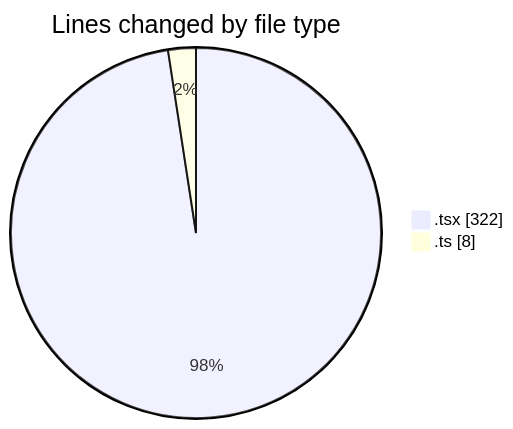
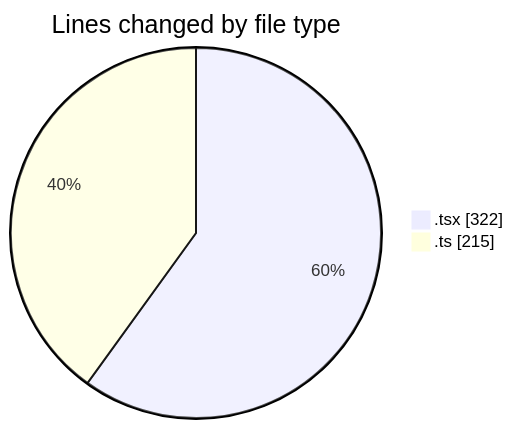
Before and after one commit to julien-gomy/code-tracking: the first of 2 diagrams in 2025-10-16/eventscop-frontend-guide__workspace_/README.md, drawn with Mermaid. The commit also changed other lines of this file and 1 other file, not shown here.

````diff
--- a/2025-10-16/eventscop-frontend-guide__workspace_/README.md
+++ b/2025-10-16/eventscop-frontend-guide__workspace_/README.md
@@ -24,6 +25,6 @@
 ```mermaid
 pie showData
 title Lines changed by file type
 ".tsx" : 322
-".ts" : 8
+".ts" : 215
 ```
````
